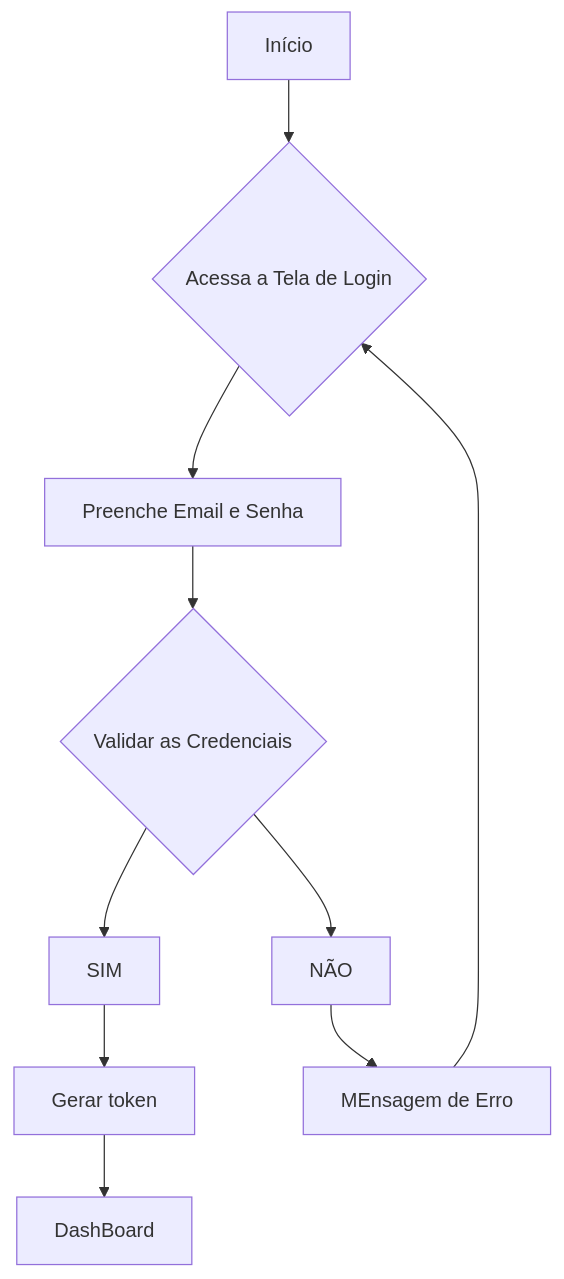
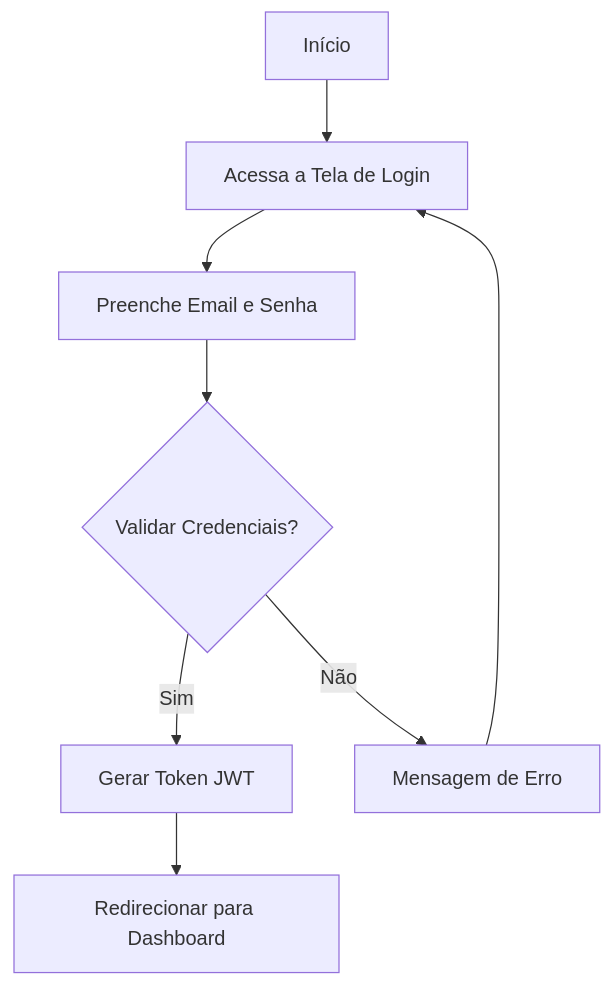
One commit to dn-goes/CursoFrontEnd2 changed the third of 6 diagrams in Frameworks/Next/formativa-sgm/README.md. Above: the diagram before and after it, drawn with Mermaid. The commit also changed other lines of this file and 13 other files, not shown here.

````diff
--- a/Frameworks/Next/formativa-sgm/README.md
+++ b/Frameworks/Next/formativa-sgm/README.md
@@ -159,10 +147,10 @@
 ```mermaid
-
 graph TD
-    A[Início] --> B{Acessa a Tela de Login}
+    A[Início] --> B[Acessa a Tela de Login]
     B --> C[Preenche Email e Senha]
-    C --> D{Validar as Credenciais}
-    D --> SIM --> E[Gerar token] --> F[DashBoard]
-    D --> NÃO --> G[MEnsagem de Erro] --> B
-
+    C --> D{Validar Credenciais?}
+    D -->|Sim| E[Gerar Token JWT]
+    E --> F[Redirecionar para Dashboard]
+    D -->|Não| G[Mensagem de Erro]
+    G --> B
 ```
````
